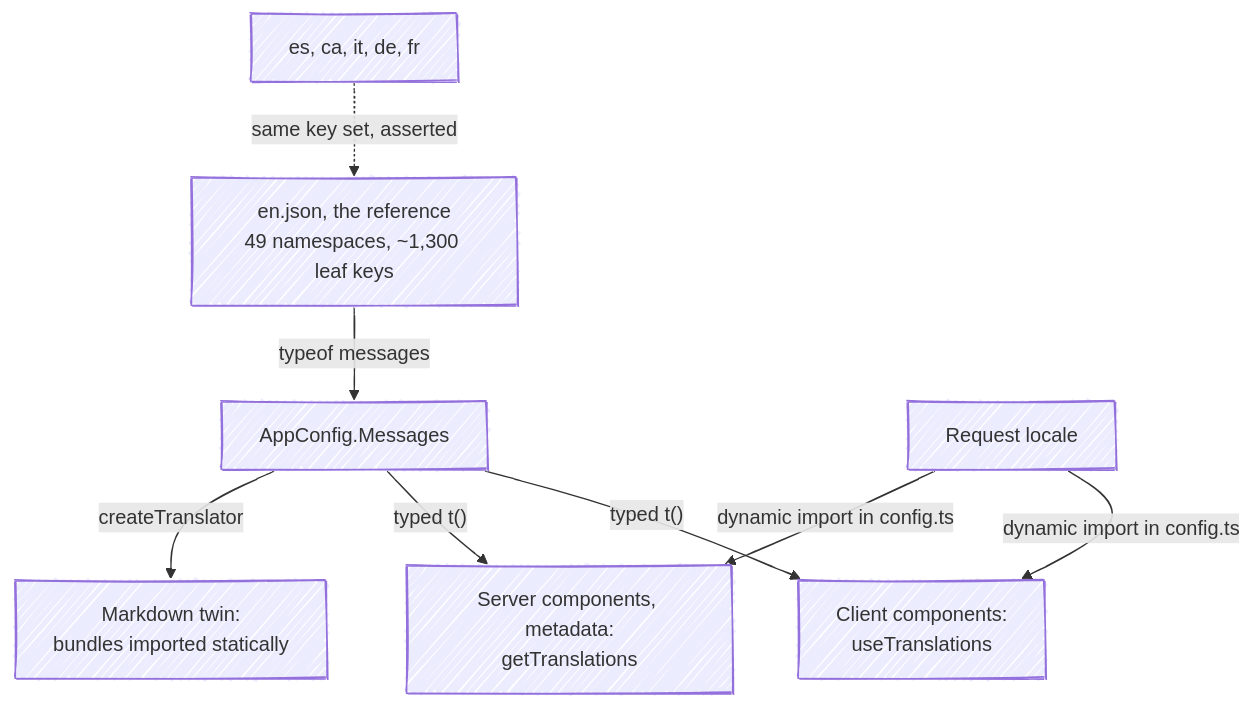
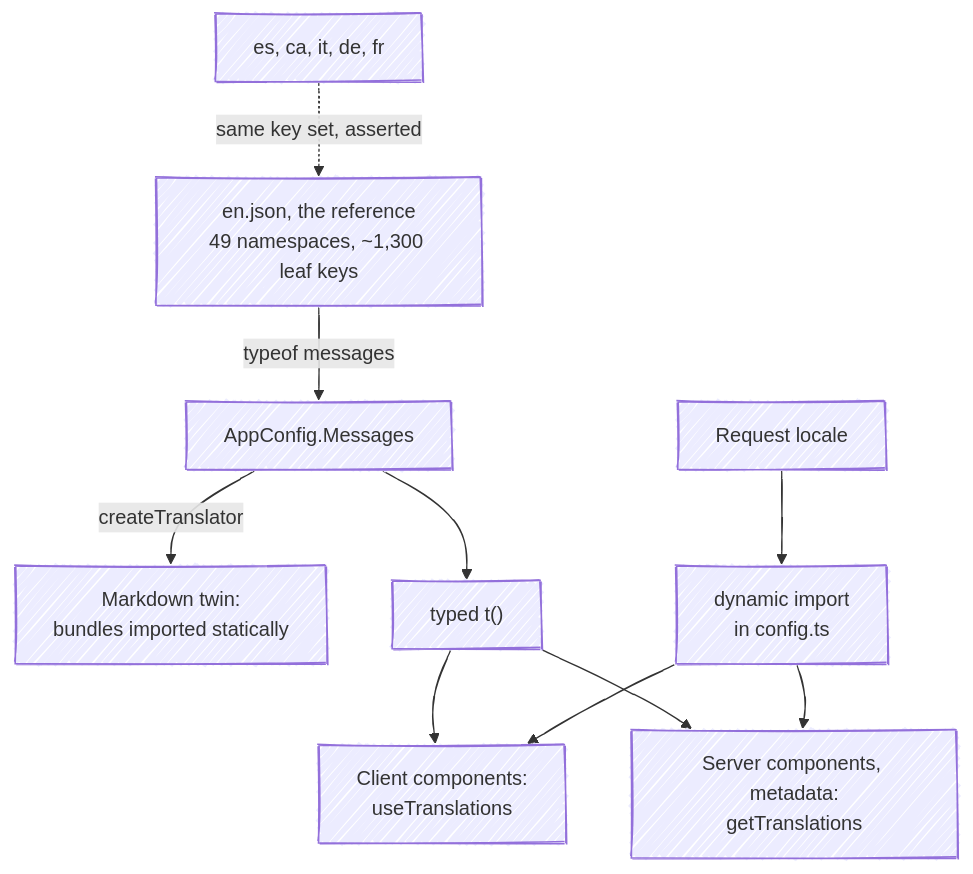
The second of 2 diagrams in apps/docs/src/content/docs/how-it-works/i18n.mdx (fbuireu/forever-pto), drawn with Mermaid before and after one commit. The commit also changed other lines of this file and 26 other files, not shown here.

First line of the commit message:
docs(diagrams): fix split words, overlaps and oversized Mermaid diagrams

````diff
--- a/apps/docs/src/content/docs/how-it-works/i18n.mdx
+++ b/apps/docs/src/content/docs/how-it-works/i18n.mdx
@@ -70,14 +70,17 @@
 ```mermaid
 ---
 config:
   look: handDrawn
   layout: dagre
 ---
 flowchart TB
   EN["en.json, the reference<br/>49 namespaces, ~1,300 leaf keys"] -->|"typeof messages"| T["AppConfig.Messages"]
-  T -->|"typed t()"| CC["Client components:<br/>useTranslations"]
-  T -->|"typed t()"| SC["Server components, metadata:<br/>getTranslations"]
+  ES["es, ca, it, de, fr"] -.->|"same key set, asserted"| EN
   T -->|createTranslator| MD["Markdown twin:<br/>bundles imported statically"]
-  ES["es, ca, it, de, fr"] -.->|"same key set, asserted"| EN
-  REQ["Request locale"] -->|"dynamic import in config.ts"| CC & SC
+  T --> TT["typed t()"]
+  REQ["Request locale"] --> DI["dynamic import<br/>in config.ts"]
+  TT --> CC["Client components:<br/>useTranslations"]
+  TT --> SC["Server components, metadata:<br/>getTranslations"]
+  DI --> CC
+  DI --> SC
 ```
````
